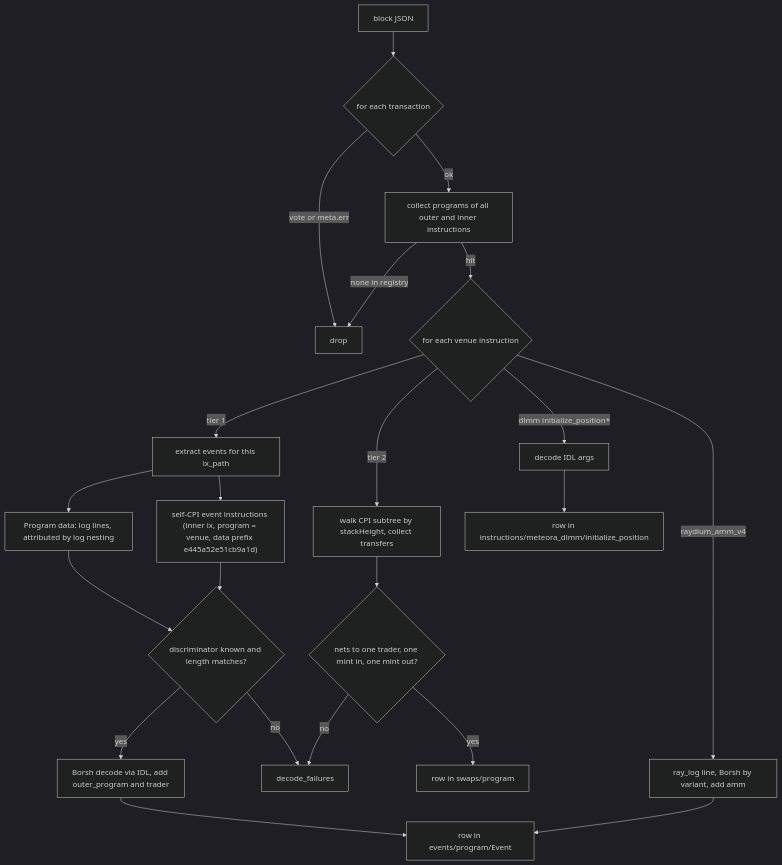
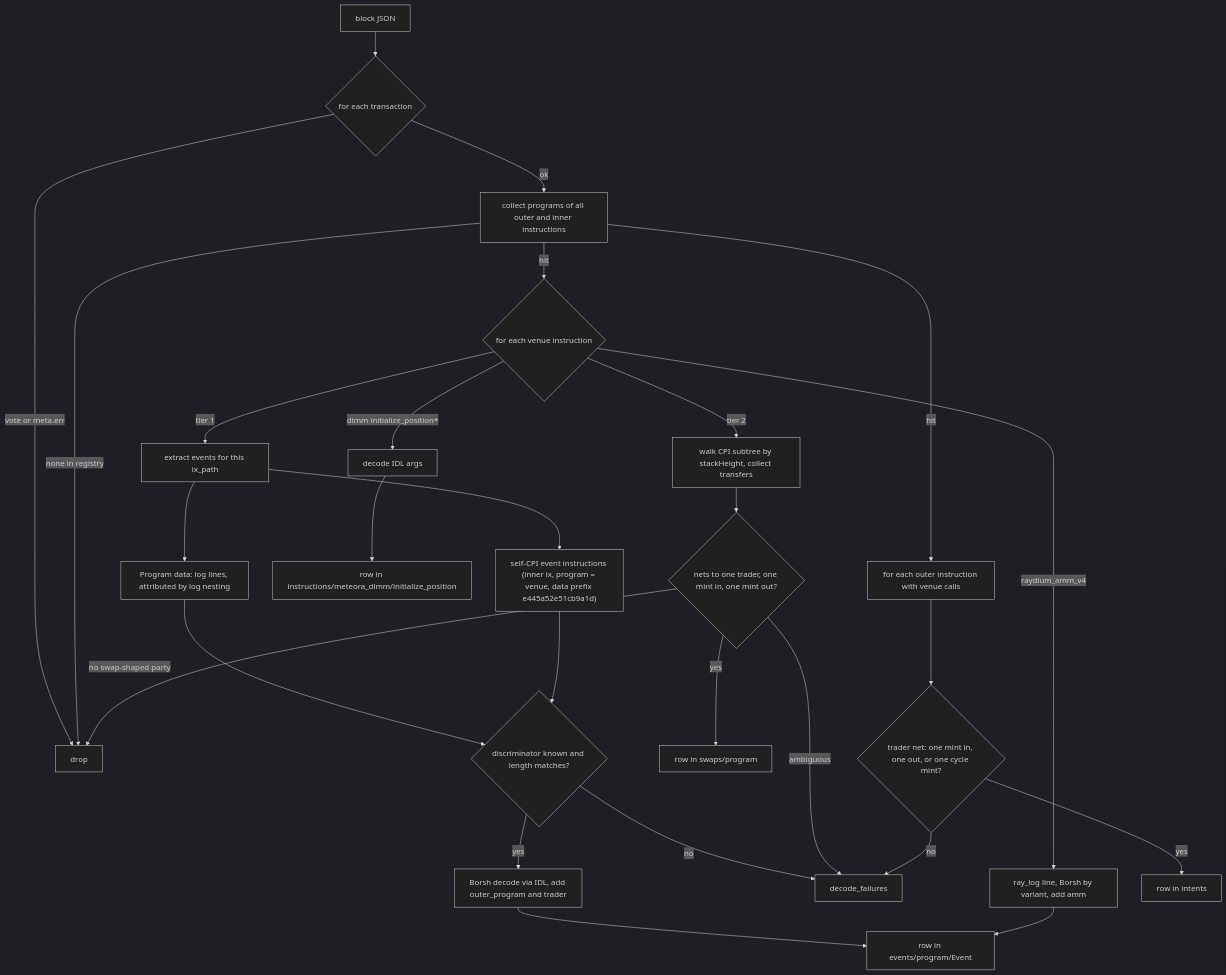
One commit to Noobmaster169/liquidity-data changed the sixth of 6 diagrams in docs/superpowers/specs/2026-10-15-fiber-data-collector-design.md. Above: the diagram before and after it, drawn with Mermaid (dark theme). The commit also changed other lines of this file, not shown here.

Commit message:
Spec: intents table, refined trader/netting rules, measured 90-day sizing, IDL open items

````diff
--- a/docs/superpowers/specs/2026-10-15-fiber-data-collector-design.md
+++ b/docs/superpowers/specs/2026-10-15-fiber-data-collector-design.md
@@ -479,20 +554,24 @@
 ```mermaid
 flowchart TD
     B[block JSON] --> T{for each transaction}
     T -->|"vote or meta.err"| DROP[drop]
     T -->|ok| P[collect programs of all outer and inner instructions]
     P -->|none in registry| DROP
     P -->|hit| I{for each venue instruction}
     I -->|tier 1| E[extract events for this ix_path]
     E --> E1["Program data: log lines, attributed by log nesting"]
     E --> E2["self-CPI event instructions (inner ix, program = venue, data prefix e445a52e51cb9a1d)"]
     E1 & E2 --> DIS{discriminator known and length matches?}
     DIS -->|yes| BOR["Borsh decode via IDL, add outer_program and trader"] --> ROW["row in events/program/Event"]
     DIS -->|no| FAIL[decode_failures]
     I -->|tier 2| X[walk CPI subtree by stackHeight, collect transfers]
     X --> NET{nets to one trader, one mint in, one mint out?}
     NET -->|yes| ROW2["row in swaps/program"]
-    NET -->|no| FAIL
+    NET -->|"no swap-shaped party"| DROP
+    NET -->|ambiguous| FAIL
     I -->|raydium_amm_v4| RAY["ray_log line, Borsh by variant, add amm"] --> ROW
     I -->|"dlmm initialize_position*"| ARGS["decode IDL args"] --> ROW3["row in instructions/meteora_dlmm/initialize_position"]
+    P -->|hit| O[for each outer instruction with venue calls] --> NET2{trader net: one mint in, one out, or one cycle mint?}
+    NET2 -->|yes| ROW4["row in intents"]
+    NET2 -->|no| FAIL
 ```
````
